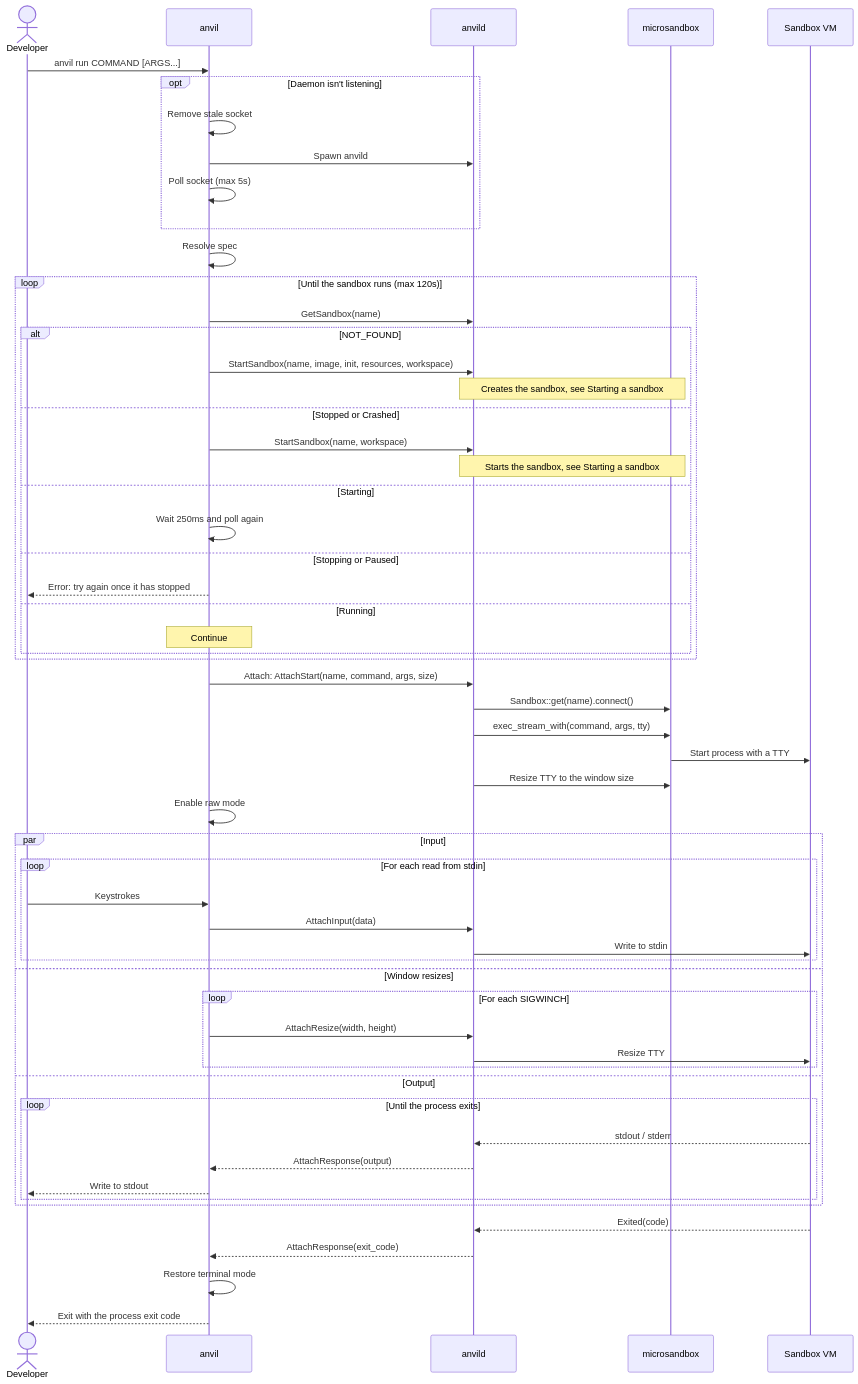
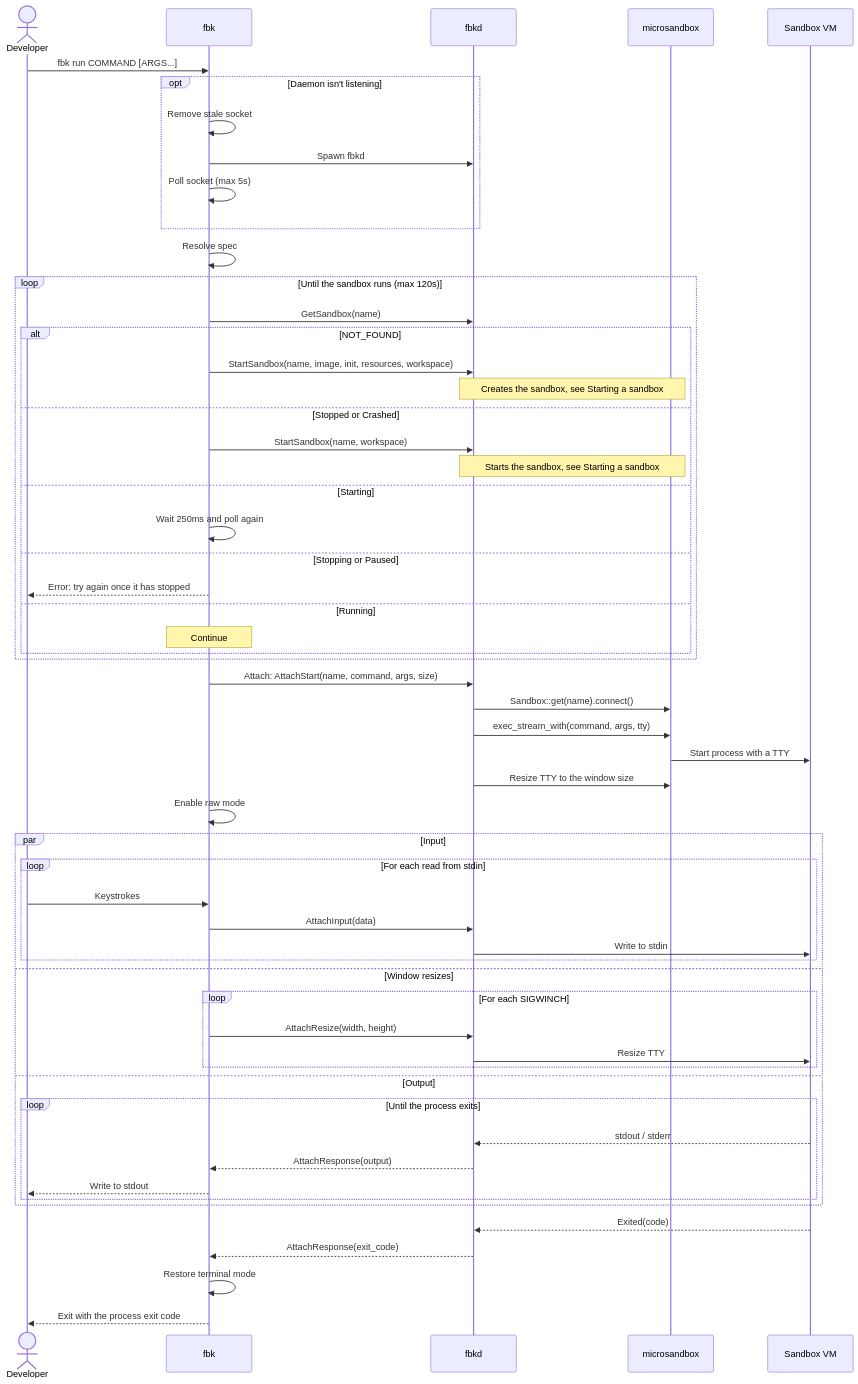
The first of 6 diagrams in docs/architecture/06-runtime-view.md (wmeints/anvil), drawn with Mermaid before and after one commit. The commit also changed other lines of this file and 57 other files, not shown here.

````diff
--- a/docs/architecture/06-runtime-view.md
+++ b/docs/architecture/06-runtime-view.md
@@ -24,64 +25,64 @@
 ```mermaid
 sequenceDiagram
     actor Dev as Developer
-    participant CLI as anvil
-    participant D as anvild
+    participant CLI as fbk
+    participant D as fbkd
     participant MS as microsandbox
     participant VM as Sandbox VM
 
-    Dev->>CLI: anvil run COMMAND [ARGS...]
+    Dev->>CLI: fbk run COMMAND [ARGS...]
     opt Daemon isn't listening
         CLI->>CLI: Remove stale socket
-        CLI->>D: Spawn anvild
+        CLI->>D: Spawn fbkd
         CLI->>CLI: Poll socket (max 5s)
     end
     CLI->>CLI: Resolve spec
 
     loop Until the sandbox runs (max 120s)
         CLI->>D: GetSandbox(name)
         alt NOT_FOUND
             CLI->>D: StartSandbox(name, image, init, resources, workspace)
             Note over D,MS: Creates the sandbox, see Starting a sandbox
         else Stopped or Crashed
             CLI->>D: StartSandbox(name, workspace)
             Note over D,MS: Starts the sandbox, see Starting a sandbox
         else Starting
             CLI->>CLI: Wait 250ms and poll again
         else Stopping or Paused
             CLI-->>Dev: Error: try again once it has stopped
         else Running
             Note over CLI: Continue
         end
     end
 
     CLI->>D: Attach: AttachStart(name, command, args, size)
     D->>MS: Sandbox::get(name).connect()
     D->>MS: exec_stream_with(command, args, tty)
     MS->>VM: Start process with a TTY
     D->>MS: Resize TTY to the window size
     CLI->>CLI: Enable raw mode
 
     par Input
         loop For each read from stdin
             Dev->>CLI: Keystrokes
             CLI->>D: AttachInput(data)
             D->>VM: Write to stdin
         end
     and Window resizes
         loop For each SIGWINCH
             CLI->>D: AttachResize(width, height)
             D->>VM: Resize TTY
         end
     and Output
         loop Until the process exits
             VM-->>D: stdout / stderr
             D-->>CLI: AttachResponse(output)
             CLI-->>Dev: Write to stdout
         end
     end
 
     VM-->>D: Exited(code)
     D-->>CLI: AttachResponse(exit_code)
     CLI->>CLI: Restore terminal mode
     CLI-->>Dev: Exit with the process exit code
 ```
````
